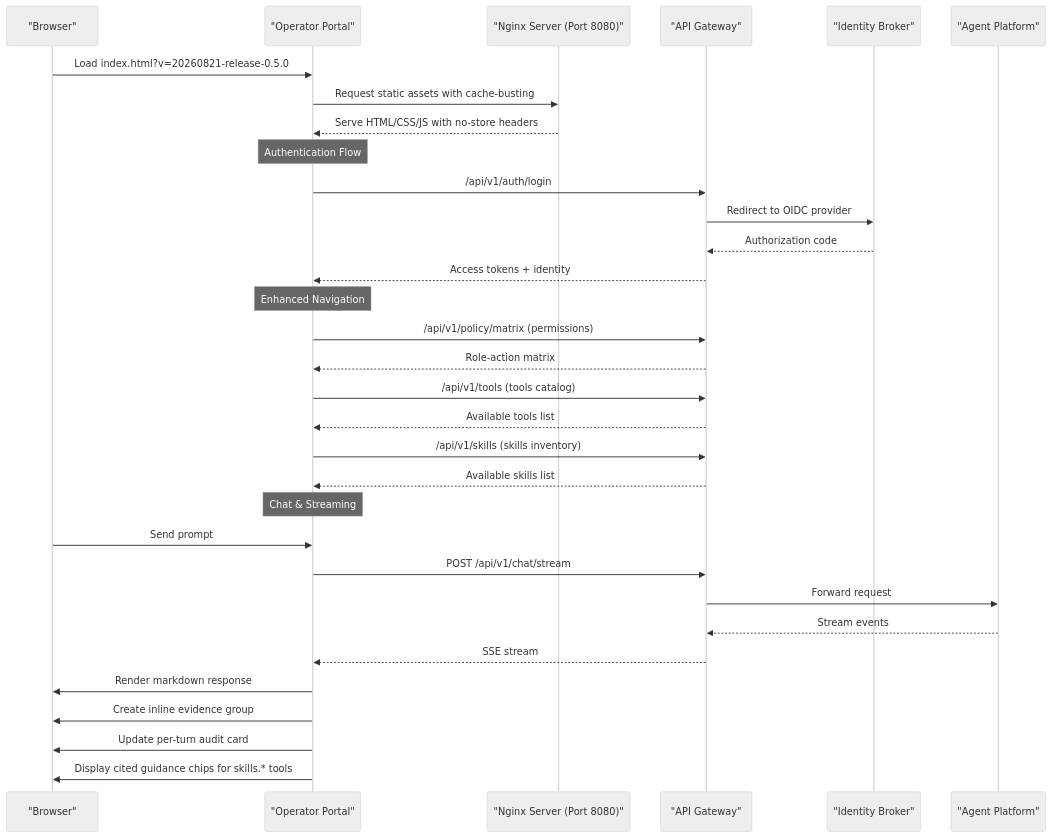
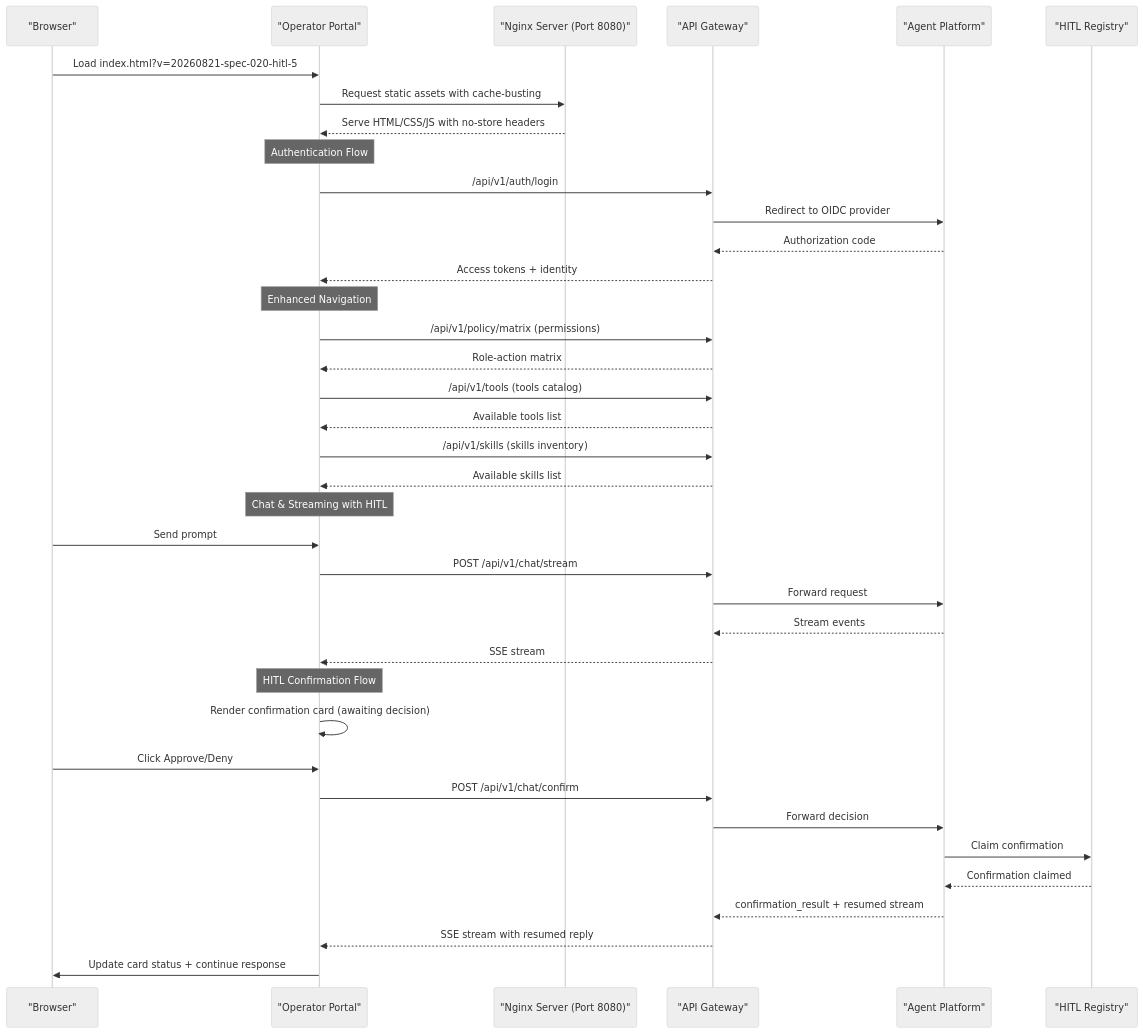
Before and after one commit to metasync/luban-aiops: the second of 2 diagrams in .qoder/repowiki/en/content/Operator Portal.md, drawn with Mermaid (neutral theme). The commit also changed other lines of this file and 24 other files, not shown here.

````diff
--- a/.qoder/repowiki/en/content/Operator Portal.md
+++ b/.qoder/repowiki/en/content/Operator Portal.md
@@ -146,34 +156,40 @@
 ```mermaid
 sequenceDiagram
 participant User as "Browser"
 participant Portal as "Operator Portal"
 participant Nginx as "Nginx Server (Port 8080)"
 participant Gateway as "API Gateway"
-participant Identity as "Identity Broker"
 participant Agent as "Agent Platform"
-User->>Portal : Load index.html?v=20260821-release-0.5.0
+participant HITL as "HITL Registry"
+User->>Portal : Load index.html?v=20260821-spec-020-hitl-5
 Portal->>Nginx : Request static assets with cache-busting
 Nginx-->>Portal : Serve HTML/CSS/JS with no-store headers
 Note over Portal : Authentication Flow
 Portal->>Gateway : /api/v1/auth/login
-Gateway->>Identity : Redirect to OIDC provider
-Identity-->>Gateway : Authorization code
+Gateway->>Agent : Redirect to OIDC provider
+Agent-->>Gateway : Authorization code
 Gateway-->>Portal : Access tokens + identity
 Note over Portal : Enhanced Navigation
 Portal->>Gateway : /api/v1/policy/matrix (permissions)
 Gateway-->>Portal : Role-action matrix
 Portal->>Gateway : /api/v1/tools (tools catalog)
 Gateway-->>Portal : Available tools list
 Portal->>Gateway : /api/v1/skills (skills inventory)
 Gateway-->>Portal : Available skills list
-Note over Portal : Chat & Streaming
+Note over Portal : Chat & Streaming with HITL
 User->>Portal : Send prompt
 Portal->>Gateway : POST /api/v1/chat/stream
 Gateway->>Agent : Forward request
 Agent-->>Gateway : Stream events
 Gateway-->>Portal : SSE stream
-Portal->>User : Render markdown response
-Portal->>User : Create inline evidence group
-Portal->>User : Update per-turn audit card
-Portal->>User : Display cited guidance chips for skills.* tools
+Note over Portal : HITL Confirmation Flow
+Portal->>Portal : Render confirmation card (awaiting decision)
+User->>Portal : Click Approve/Deny
+Portal->>Gateway : POST /api/v1/chat/confirm
+Gateway->>Agent : Forward decision
+Agent->>HITL : Claim confirmation
+HITL-->>Agent : Confirmation claimed
+Agent-->>Gateway : confirmation_result + resumed stream
+Gateway-->>Portal : SSE stream with resumed reply
+Portal->>User : Update card status + continue response
 ```
````
